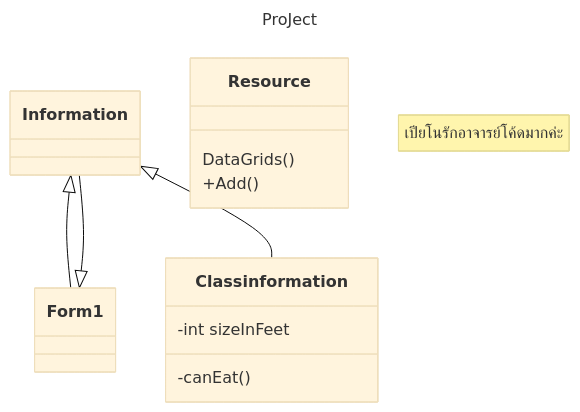
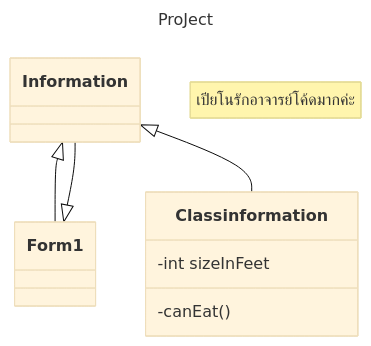
Before and after one commit to Natithorn/Test: the diagram in README.md, drawn with Mermaid (base theme).

````diff
--- a/README.md
+++ b/README.md
@@ -1,16 +1,15 @@
 ```mermaid
 ---
 title: ProJect
 ---
 classDiagram
     note "เปียโนรักอาจารย์โค้ดมากค่ะ"
     Information <|-- Form1
     Information --|> Form1
     Information <|-- Classinformation
     class Classinformation{
         -int sizeInFeet
         -canEat()
     }
-    Resource : DataGrids()
-    Resource : +Add()    
+    
 ```
````
